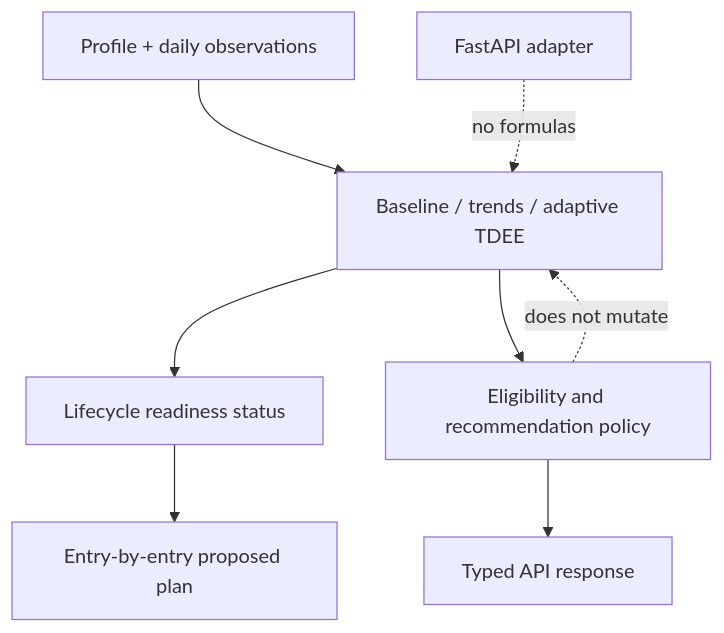
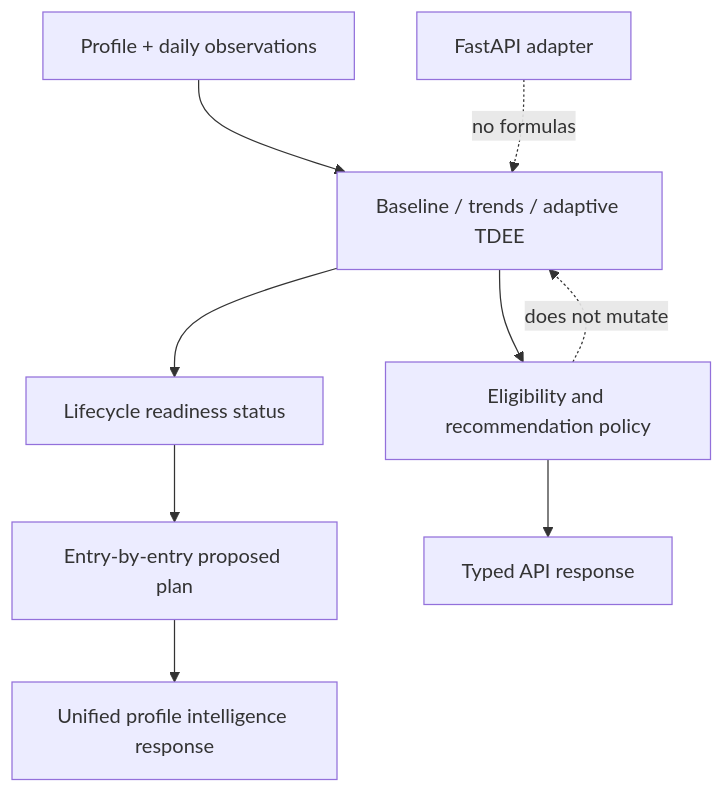
One commit to aristostheo/fitadapt changed the first of 2 diagrams in README.md. Above: the diagram before and after it, drawn with Mermaid. The commit also changed other lines of this file and 14 other files, not shown here.

Commit message:
feat: add unified profile intelligence API

````diff
--- a/README.md
+++ b/README.md
@@ -37,10 +37,11 @@
 ```mermaid
 flowchart TD
     P[Profile + daily observations] --> B[Baseline / trends / adaptive TDEE]
     B --> L[Lifecycle readiness status]
     L --> Q[Entry-by-entry proposed plan]
+    Q --> U[Unified profile intelligence response]
     B --> E[Eligibility and recommendation policy]
     E --> A[Typed API response]
     F[FastAPI adapter] -. no formulas .-> B
     E -. does not mutate .-> B
 ```
````
